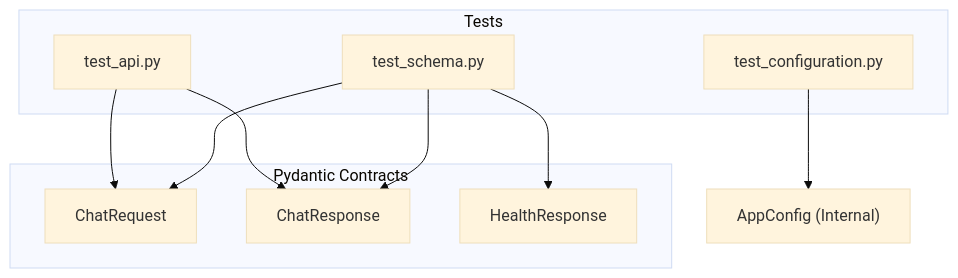
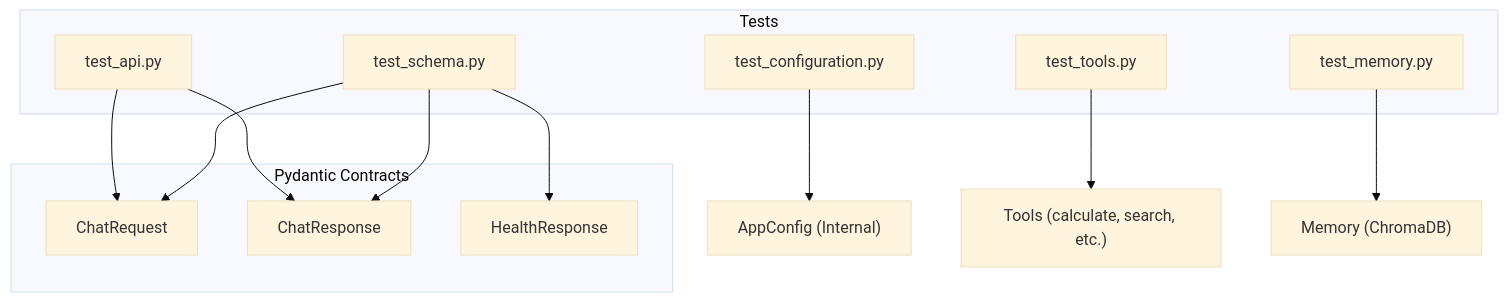
One commit to SebastianGarrido2790/ai-assistant-docker-app changed the diagram in reports/docs/runbooks/test_suite.md. Above: the diagram before and after it, drawn with Mermaid (base theme). The commit also changed other lines of this file and 9 other files, not shown here.

````diff
--- a/reports/docs/runbooks/test_suite.md
+++ b/reports/docs/runbooks/test_suite.md
@@ -97,21 +125,25 @@
 ```mermaid
 graph TD
     subgraph "Pydantic Contracts"
         CR["ChatRequest"]
         CP["ChatResponse"]
         HR["HealthResponse"]
     end
 
     subgraph "Tests"
         TS["test_schema.py"]
         TA["test_api.py"]
         TC["test_configuration.py"]
+        TT["test_tools.py"]
+        TM["test_memory.py"]
     end
 
     TS --> CR
     TS --> CP
     TS --> HR
     TA --> CR
     TA --> CP
     TC --> AppConfig["AppConfig (Internal)"]
+    TT --> TL["Tools (calculate, search, etc.)"]
+    TM --> DB["Memory (ChromaDB)"]
 ```
````
